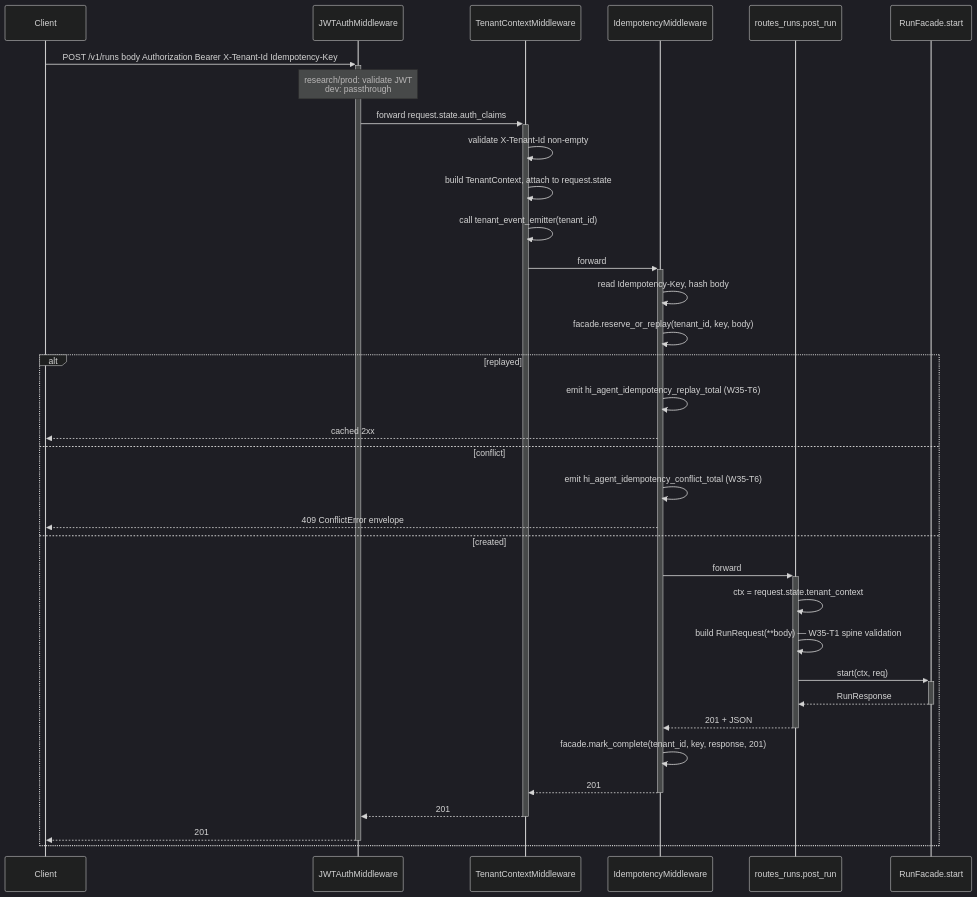
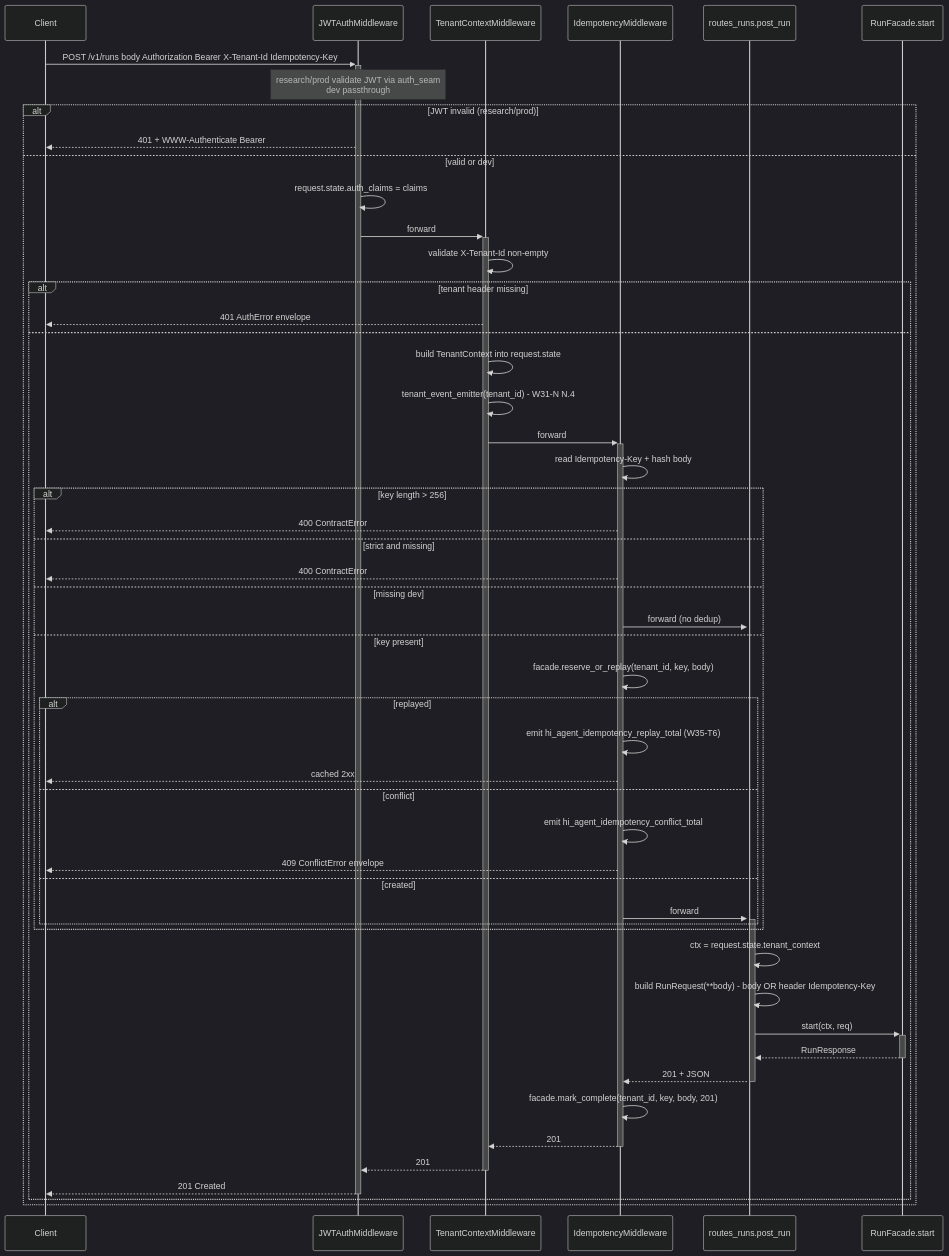
Before and after one commit to chaosxingxc-orion/hi-agent: the fourth of 5 diagrams in agent_server/api/ARCHITECTURE.md, drawn with Mermaid (dark theme). The commit also changed other lines of this file and 25 other files, not shown here.

First line of the commit message:
[W35-corrective] Refresh ARCHITECTURE.md hierarchy + add missing READMEs

````diff
--- a/agent_server/api/ARCHITECTURE.md
+++ b/agent_server/api/ARCHITECTURE.md
@@ -119,37 +260,54 @@
 ```mermaid
 sequenceDiagram
     participant Client
     participant JWT as JWTAuthMiddleware
     participant Tenant as TenantContextMiddleware
     participant Idem as IdempotencyMiddleware
     participant Route as routes_runs.post_run
     participant Facade as RunFacade.start
 
     Client->>+JWT: POST /v1/runs body Authorization Bearer X-Tenant-Id Idempotency-Key
-    Note over JWT: research/prod: validate JWT<br/>dev: passthrough
-    JWT->>+Tenant: forward request.state.auth_claims
-    Tenant->>Tenant: validate X-Tenant-Id non-empty
-    Tenant->>Tenant: build TenantContext, attach to request.state
-    Tenant->>Tenant: call tenant_event_emitter(tenant_id)
-    Tenant->>+Idem: forward
-    Idem->>Idem: read Idempotency-Key, hash body
-    Idem->>Idem: facade.reserve_or_replay(tenant_id, key, body)
-    alt replayed
-        Idem->>Idem: emit hi_agent_idempotency_replay_total (W35-T6)
-        Idem-->>Client: cached 2xx
-    else conflict
-        Idem->>Idem: emit hi_agent_idempotency_conflict_total (W35-T6)
-        Idem-->>Client: 409 ConflictError envelope
-    else created
-        Idem->>+Route: forward
-        Route->>Route: ctx = request.state.tenant_context
-        Route->>Route: build RunRequest(**body) — W35-T1 spine validation
-        Route->>+Facade: start(ctx, req)
-        Facade-->>-Route: RunResponse
-        Route-->>-Idem: 201 + JSON
-        Idem->>Idem: facade.mark_complete(tenant_id, key, response, 201)
-        Idem-->>-Tenant: 201
-        Tenant-->>-JWT: 201
-        JWT-->>-Client: 201
+    Note over JWT: research/prod validate JWT via auth_seam<br/>dev passthrough
+    alt JWT invalid (research/prod)
+        JWT-->>Client: 401 + WWW-Authenticate Bearer
+    else valid or dev
+        JWT->>JWT: request.state.auth_claims = claims
+        JWT->>+Tenant: forward
+        Tenant->>Tenant: validate X-Tenant-Id non-empty
+        alt tenant header missing
+            Tenant-->>Client: 401 AuthError envelope
+        else
+            Tenant->>Tenant: build TenantContext into request.state
+            Tenant->>Tenant: tenant_event_emitter(tenant_id) - W31-N N.4
+            Tenant->>+Idem: forward
+            Idem->>Idem: read Idempotency-Key + hash body
+            alt key length > 256
+                Idem-->>Client: 400 ContractError
+            else strict and missing
+                Idem-->>Client: 400 ContractError
+            else missing dev
+                Idem->>+Route: forward (no dedup)
+            else key present
+                Idem->>Idem: facade.reserve_or_replay(tenant_id, key, body)
+                alt replayed
+                    Idem->>Idem: emit hi_agent_idempotency_replay_total (W35-T6)
+                    Idem-->>Client: cached 2xx
+                else conflict
+                    Idem->>Idem: emit hi_agent_idempotency_conflict_total
+                    Idem-->>Client: 409 ConflictError envelope
+                else created
+                    Idem->>+Route: forward
+                end
+            end
+            Route->>Route: ctx = request.state.tenant_context
+            Route->>Route: build RunRequest(**body) - body OR header Idempotency-Key
+            Route->>+Facade: start(ctx, req)
+            Facade-->>-Route: RunResponse
+            Route-->>-Idem: 201 + JSON
+            Idem->>Idem: facade.mark_complete(tenant_id, key, body, 201)
+            Idem-->>-Tenant: 201
+            Tenant-->>-JWT: 201
+            JWT-->>-Client: 201 Created
+        end
     end
 ```
````
